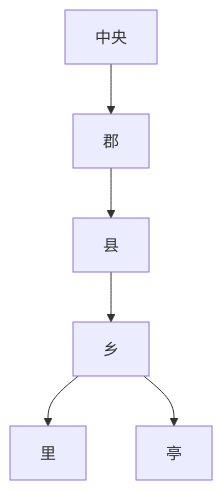
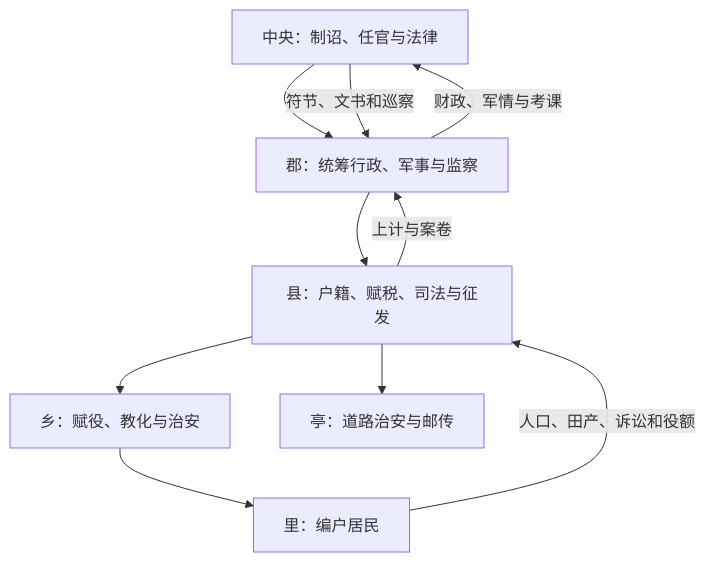
The diagram in 人文科学/历史/东亚/中国/_制度/地方行政区划/历代地方区划/秦.md (tianlan-dev/learning-notes), drawn with Mermaid before and after one commit. The commit also changed other lines of this file and 1417 other files, not shown here.

````diff
--- a/人文科学/历史/东亚/中国/_制度/地方行政区划/历代地方区划/秦.md
+++ b/人文科学/历史/东亚/中国/_制度/地方行政区划/历代地方区划/秦.md
@@ -12,8 +23,12 @@
 ```mermaid
 flowchart TD
-    A["中央"] --> B["郡"]
-    B --> C["县"]
-    C --> D["乡"]
-    D --> E["里"]
-    D --> F["亭"]
+    C["中央：制诏、任官与法律"] --> J["郡：统筹行政、军事与监察"]
+    J --> X["县：户籍、赋税、司法与征发"]
+    X --> H["乡：赋役、教化与治安"]
+    H --> L["里：编户居民"]
+    X --> T["亭：道路治安与邮传"]
+    L -->|人口、田产、诉讼和役额| X
+    X -->|上计与案卷| J
+    J -->|财政、军情与考课| C
+    C -->|符节、文书和巡察| J
 ```
````
